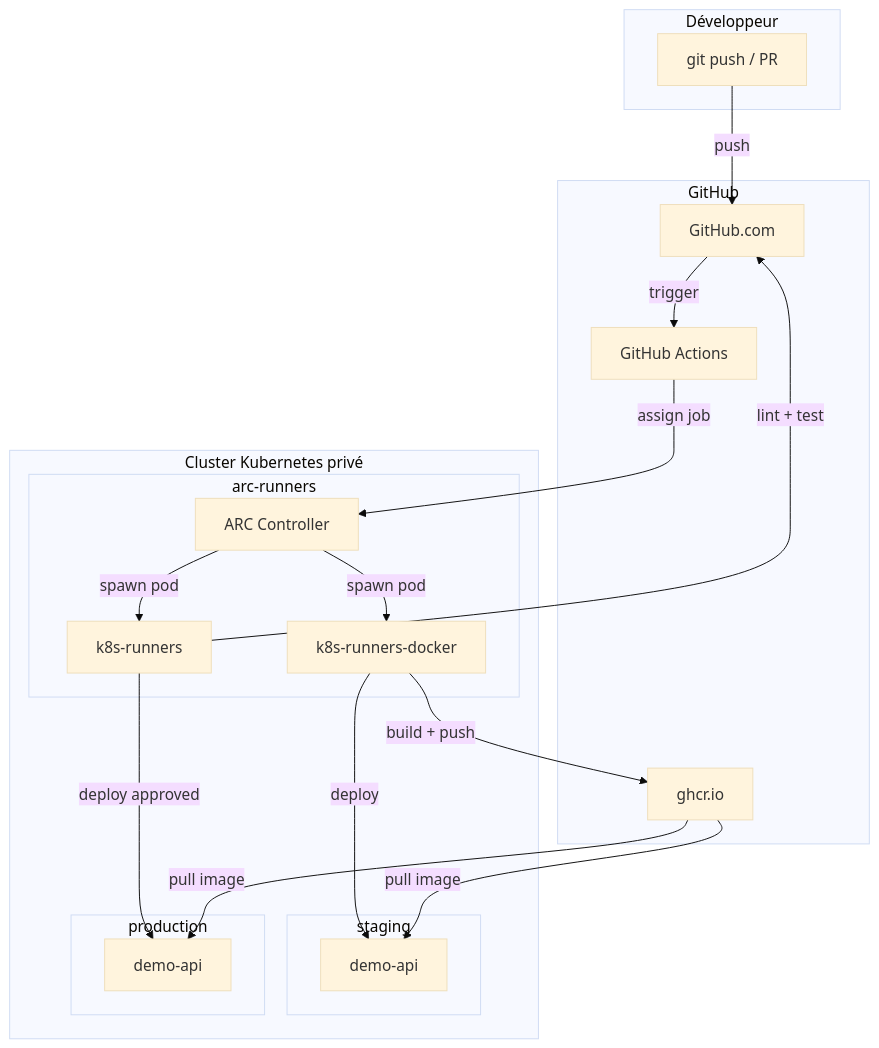
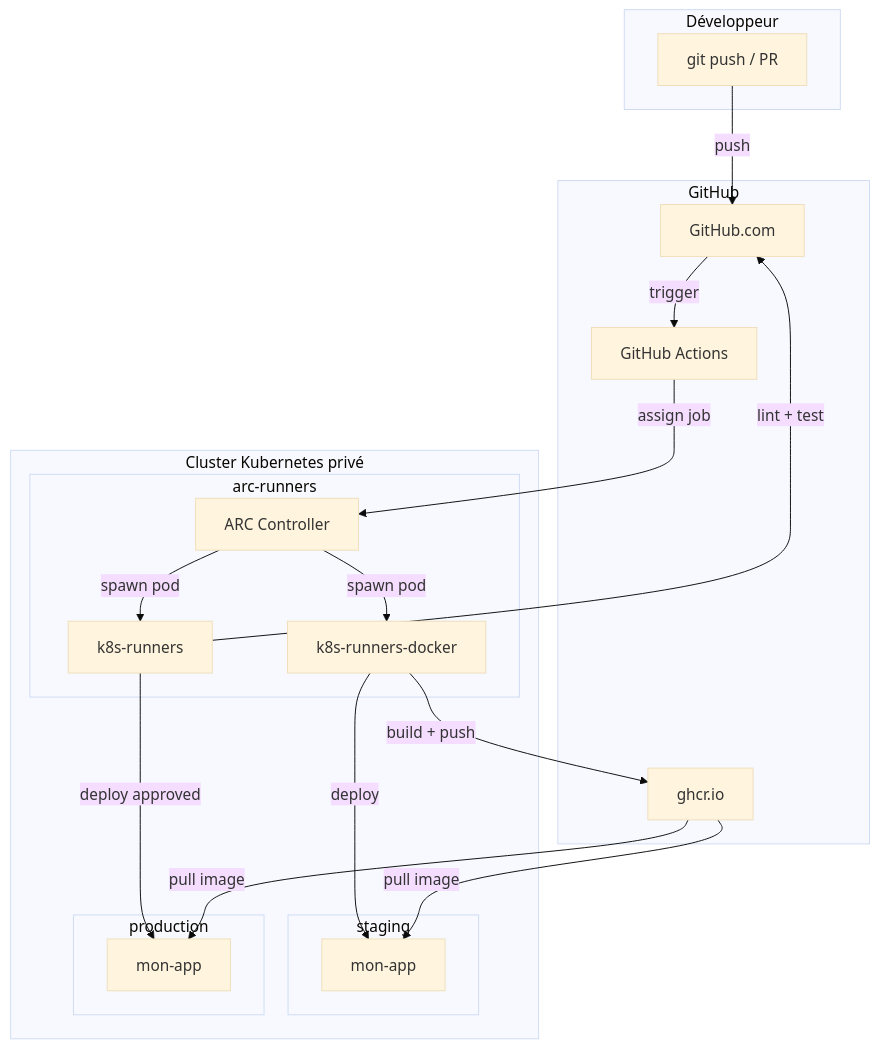
One commit to gpeyet-learning/guide-github-actions changed the second of 2 diagrams in content/runners-kubernetes/pipeline-complet.md. Above: the diagram before and after it, drawn with Mermaid (base theme). The commit also changed other lines of this file and 14 other files, not shown here.

Commit message:
content(github-actions): redesign fil rouge — mon-app, Docker-centric, 5-language CI

````diff
--- a/content/runners-kubernetes/pipeline-complet.md
+++ b/content/runners-kubernetes/pipeline-complet.md
@@ -408,38 +408,38 @@
 ```mermaid
 graph TD
     subgraph "Développeur"
         D[git push / PR]
     end
 
     subgraph "GitHub"
         GH[GitHub.com]
         GHCR[ghcr.io]
         GHA[GitHub Actions]
     end
 
     subgraph "Cluster Kubernetes privé"
         subgraph "arc-runners"
             ARC[ARC Controller]
             R1[k8s-runners]
             R2[k8s-runners-docker]
         end
         subgraph "staging"
-            API_S[demo-api]
+            API_S[mon-app]
         end
         subgraph "production"
-            API_P[demo-api]
+            API_P[mon-app]
         end
     end
 
     D -->|push| GH
     GH -->|trigger| GHA
     GHA -->|assign job| ARC
     ARC -->|spawn pod| R1
     ARC -->|spawn pod| R2
     R1 -->|lint + test| GH
     R2 -->|build + push| GHCR
     R2 -->|deploy| API_S
     R1 -->|deploy approved| API_P
     GHCR -->|pull image| API_S
     GHCR -->|pull image| API_P
 ```
````
